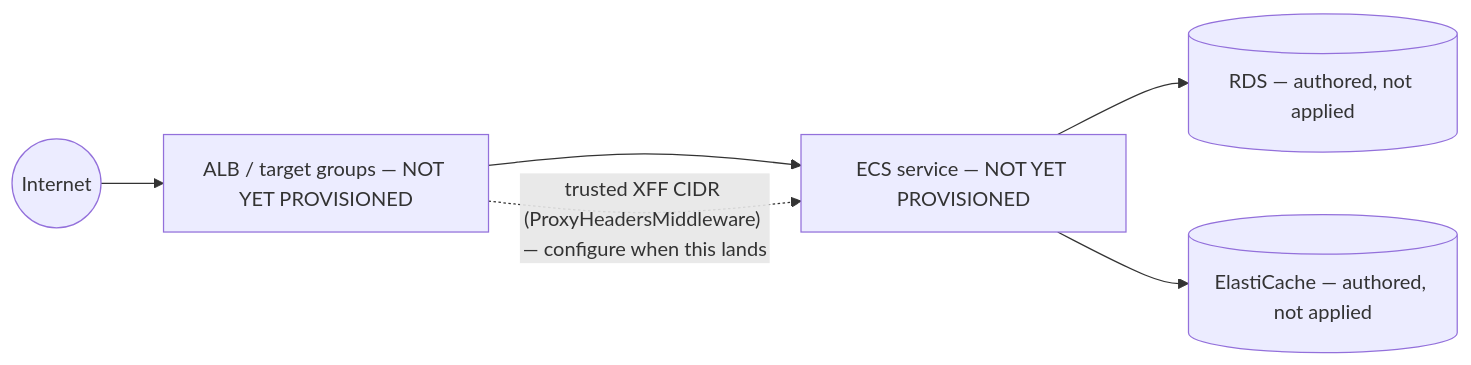
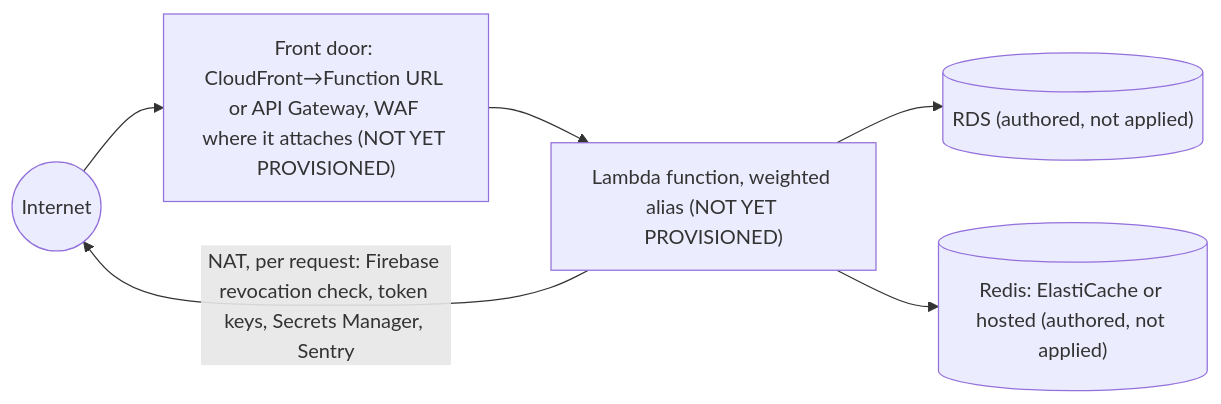
Before and after one commit to bretthinkle123/orbit-fitness-app: the eighth of 8 diagrams in docs/system_architecture.md, drawn with Mermaid. The commit also changed other lines of this file and 13 other files, not shown here.

````diff
--- a/docs/system_architecture.md
+++ b/docs/system_architecture.md
@@ -319,8 +323,8 @@
 ```mermaid
 flowchart LR
-    Internet((Internet)) --> ALB[ALB / target groups — NOT YET PROVISIONED]
-    ALB --> ECS[ECS service — NOT YET PROVISIONED]
-    ECS --> RDS2[(RDS — authored, not applied)]
-    ECS --> Redis2[(ElastiCache — authored, not applied)]
-    ALB -.->|"trusted XFF CIDR (ProxyHeadersMiddleware) — configure when this lands"| ECS
+    Internet((Internet)) --> Door["Front door: CloudFront→Function URL or API Gateway, WAF where it attaches (NOT YET PROVISIONED)"]
+    Door --> Fn["Lambda function, weighted alias (NOT YET PROVISIONED)"]
+    Fn --> RDS2[("RDS (authored, not applied)")]
+    Fn --> Redis2[("Redis: ElastiCache or hosted (authored, not applied)")]
+    Fn -->|"NAT, per request: Firebase revocation check, token keys, Secrets Manager, Sentry"| Internet
 ```
````
